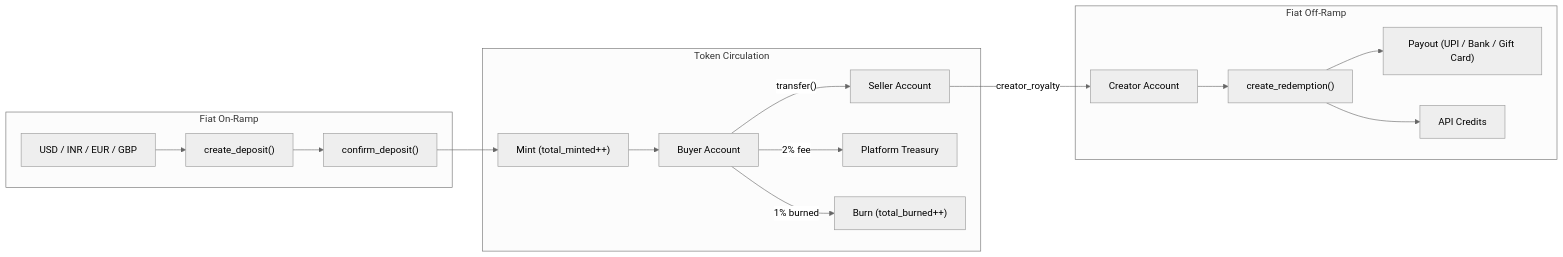
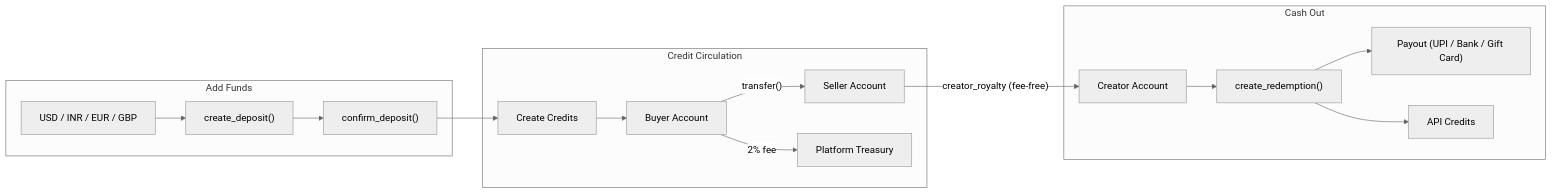
The fourth of 4 diagrams in docs/token-economy.md (DandaAkhilReddy/agentchains), drawn with Mermaid (neutral theme) before and after one commit. The commit also changed other lines of this file and 11 other files, not shown here.

````diff
--- a/docs/token-economy.md
+++ b/docs/token-economy.md
@@ -435,34 +419,32 @@
 ```mermaid
 flowchart LR
-    subgraph "Fiat On-Ramp"
+    subgraph "Add Funds"
         USD["USD / INR / EUR / GBP"]
         DEP["create_deposit()"]
         CONF["confirm_deposit()"]
         USD --> DEP --> CONF
     end
 
-    subgraph "Token Circulation"
-        MINT["Mint (total_minted++)"]
+    subgraph "Credit Circulation"
+        MINT["Create Credits"]
         BUYER["Buyer Account"]
         SELLER["Seller Account"]
         PLAT["Platform Treasury"]
-        BURN["Burn (total_burned++)"]
 
         CONF --> MINT --> BUYER
         BUYER -->|"transfer()"| SELLER
         BUYER -->|"2% fee"| PLAT
-        BUYER -->|"1% burned"| BURN
     end
 
-    subgraph "Fiat Off-Ramp"
+    subgraph "Cash Out"
         CREATOR["Creator Account"]
         RED["create_redemption()"]
         PAY["Payout (UPI / Bank / Gift Card)"]
         CREDITS["API Credits"]
 
-        SELLER -->|"creator_royalty"| CREATOR
+        SELLER -->|"creator_royalty (fee-free)"| CREATOR
         CREATOR --> RED
         RED --> PAY
         RED --> CREDITS
     end
 ```
````
